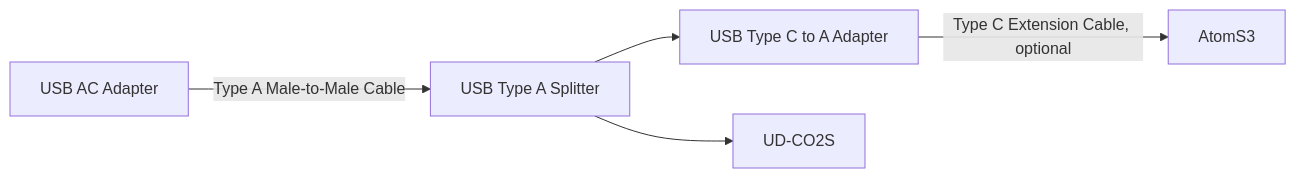
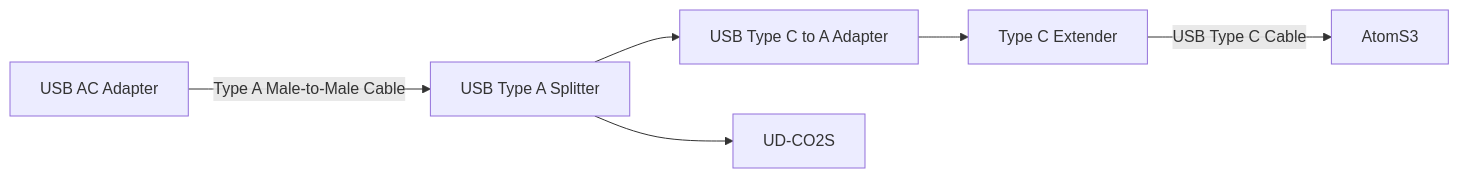
The diagram in README.md (mu373/atom-s3-co2), drawn with Mermaid before and after one commit. The commit also changed other lines of this file, not shown here.

````diff
--- a/README.md
+++ b/README.md
@@ -16,7 +17,8 @@
 ```mermaid
 graph LR
     AC["USB AC Adapter"] -->|Type A Male-to-Male Cable| Splitter["USB Type A Splitter"]
     Splitter -->Adapter["USB Type C to A Adapter"]
-    Adapter --> |Type C Extension Cable, optional| AtomS3["AtomS3"]
+    Adapter --> Extension["Type C Extender"]
+    Extension --> |USB Type C Cable| AtomS3
     Splitter --> UDCO2S["UD-CO2S"]
 ```
````
